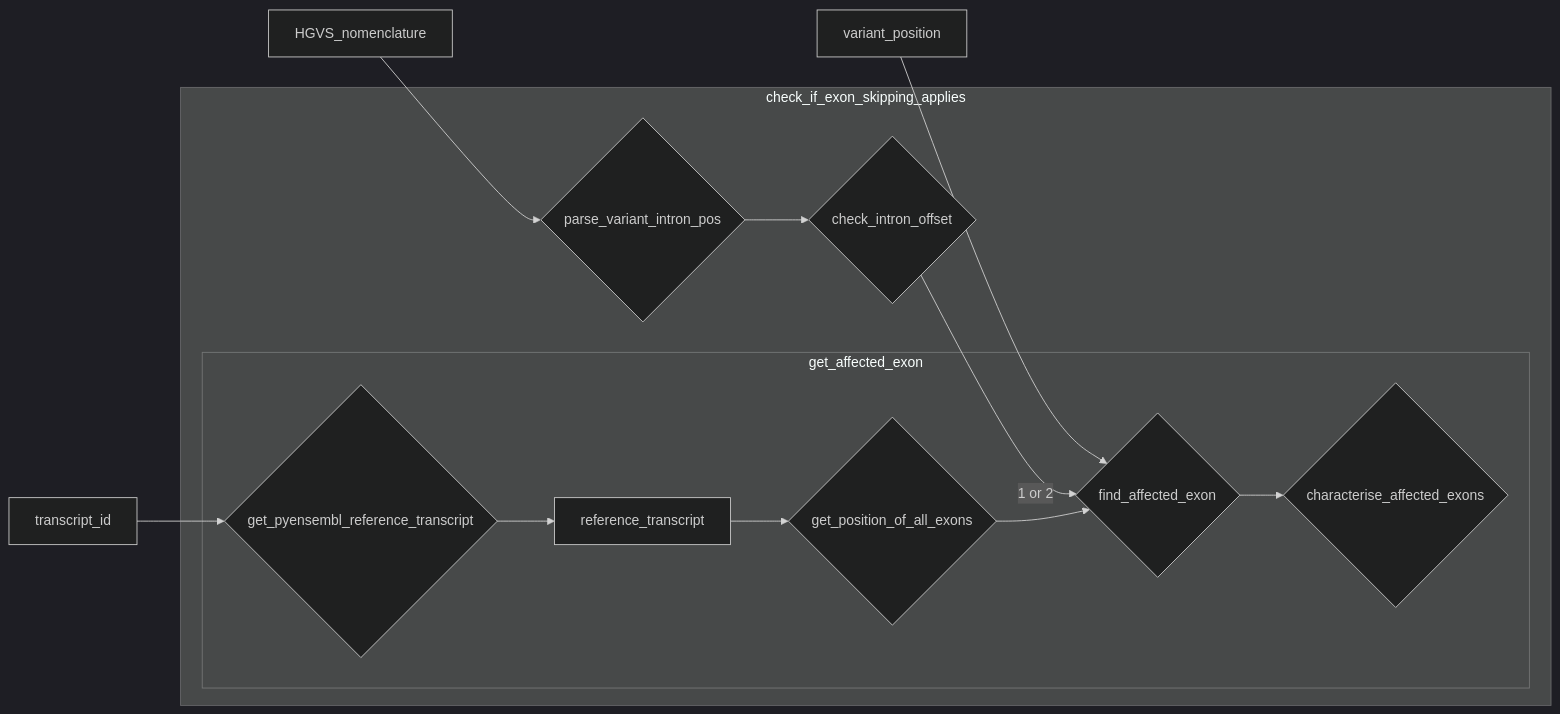
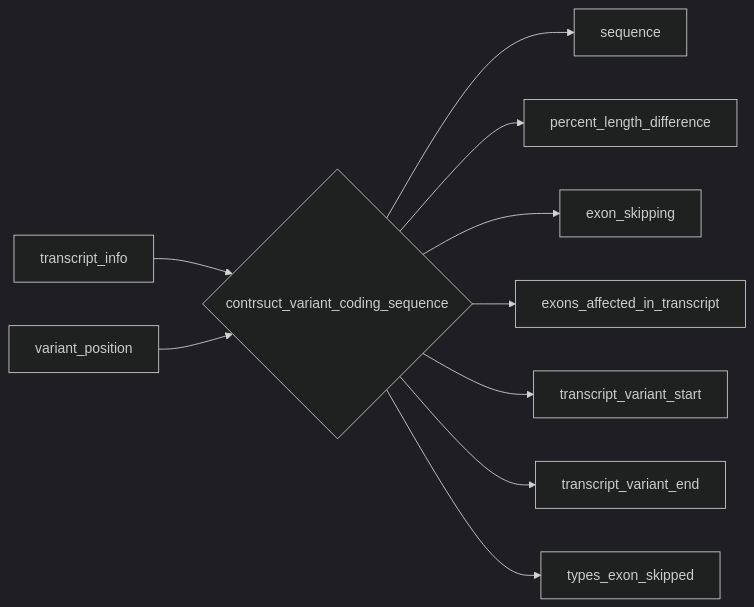
The seventh of 9 diagrams in Software_design/Mermaid.org (akatzke/HerediClassify), drawn with Mermaid (dark theme) before and after one commit. The commit also changed other lines of this file and 4 other files, not shown here.

Commit message:
Software design assess nmd, and rework reconstruct coding sequence

```diff
--- a/Software_design/Mermaid.org
+++ b/Software_design/Mermaid.org
@@ -143,16 +142,12 @@
-#+begin_src mermaid :file assess_exon_skipping.png
+#+begin_src mermaid :file reconstruct_variant_coding_sequence.png
 flowchart LR
-   TI[transcript_id] --> gprt{get_pyensembl_reference_transcript}
-   VP[variant_position] --> fae
-   HGVS[HGVS_nomenclature] --> IP{parse_variant_intron_pos}
-   subgraph check_if_exon_skipping_applies
-       IP --> CIP{check_intron_offset}
-       CIP --> |1 or 2| fae{find_affected_exon}
-       subgraph get_affected_exon
-           gprt --> rt[reference_transcript]
-            rt --> gpae{get_position_of_all_exons}
-           fae --> cae{characterise_affected_exons}
-           gpae --> fae
-           end
-       end
+   ti[transcript_info] --> cvs{contrsuct_variant_coding_sequence}
+   vp[variant_position] --> cvs
+   cvs --> seq[sequence]
+   cvs --> pld[percent_length_difference]
+   cvs --> es[exon_skipping]
+   cvs --> nes[exons_affected_in_transcript]
+   cvs --> tvs[transcript_variant_start]
+   cvs --> tve[transcript_variant_end]
+   cvs --> tes[types_exon_skipped]
 #+end_src
```
